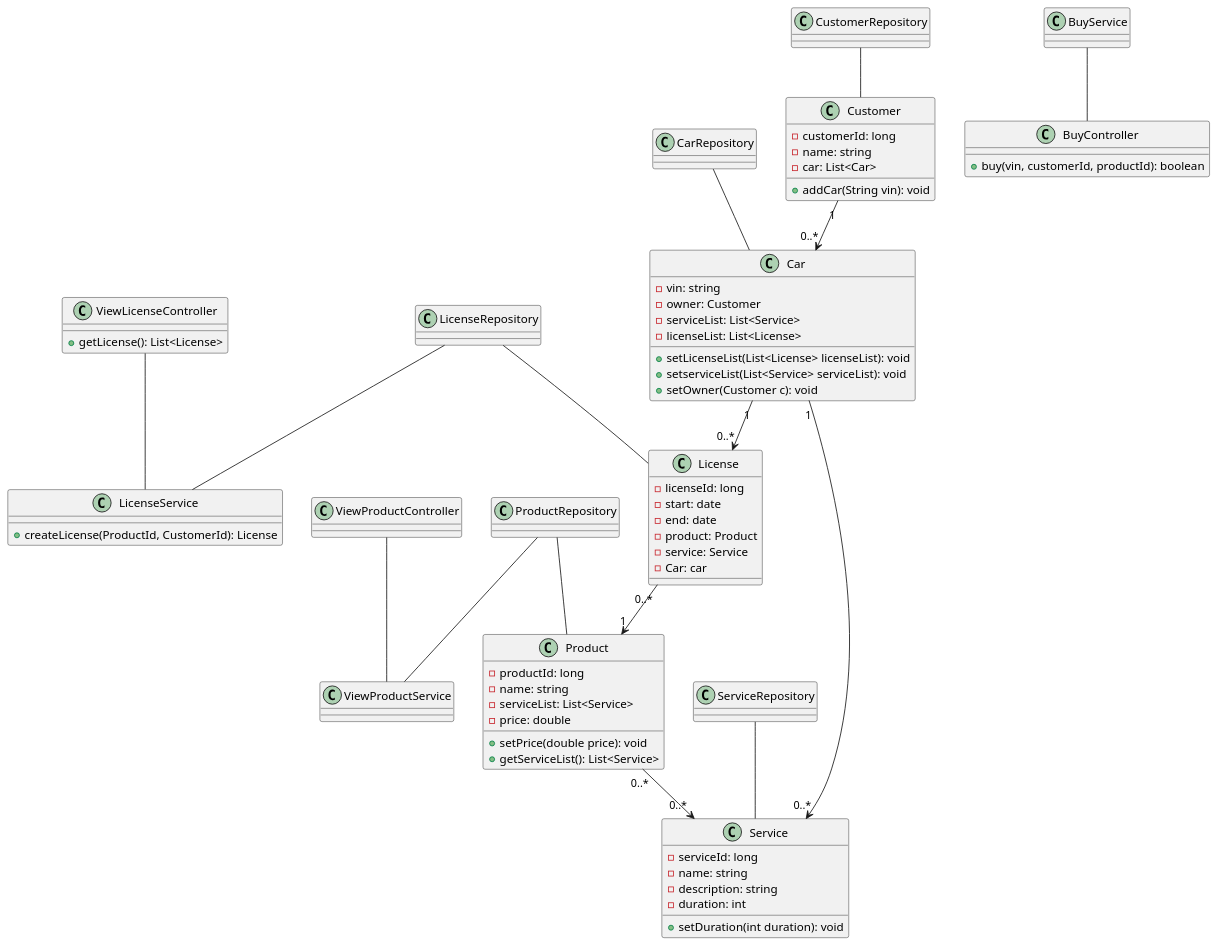
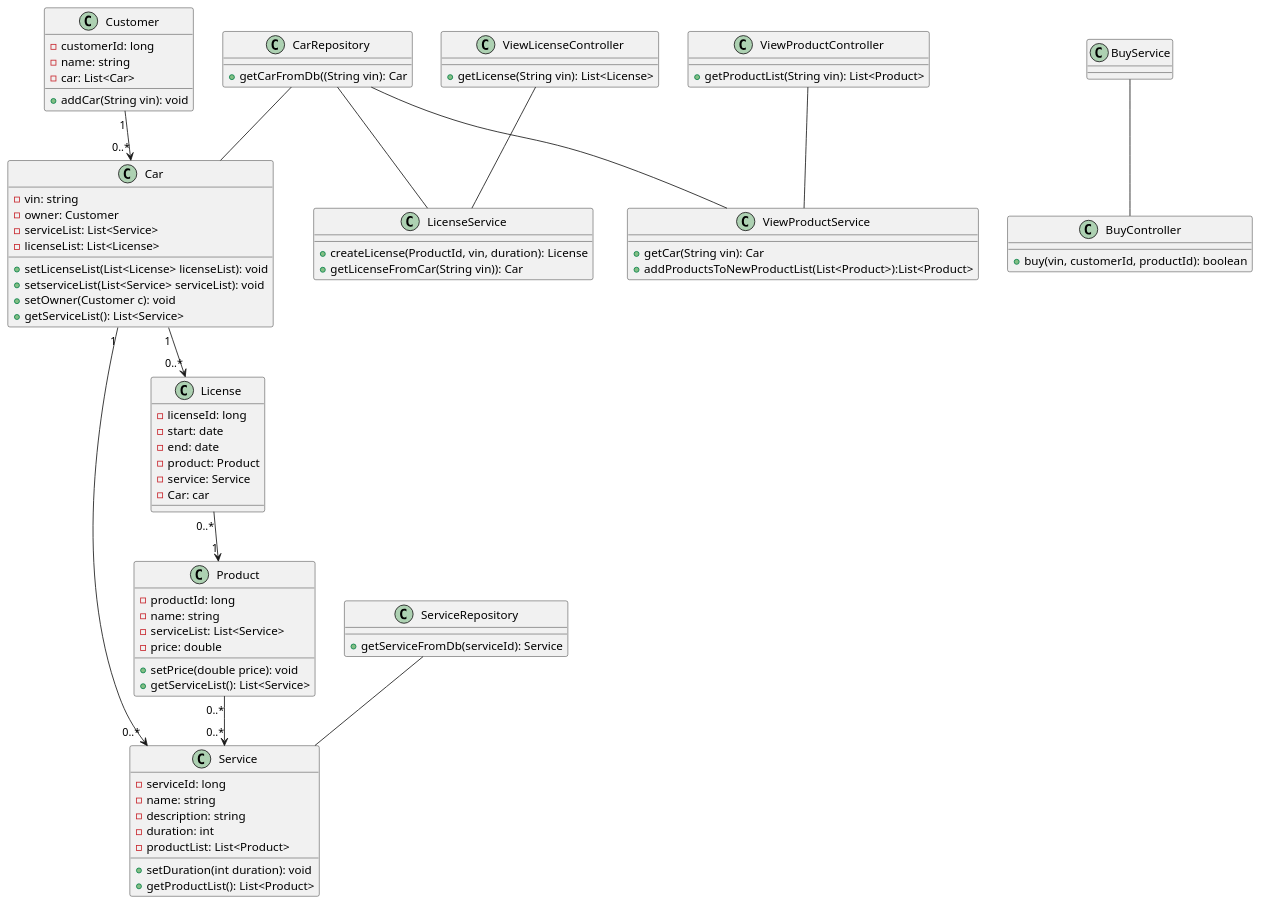
The diagram in .idea/2.0 class.puml (ljbg1996/car-backend), drawn with PlantUML before and after one commit. The commit also changed 2 other files, not shown here.

Commit message:
2.0 class.puml: angepasst an 2 sequenzdiagramme SequenceViewActiveLicense_1.puml: kleine Anpassung der Methodennamen SequenceViewProd_2.puml: Neu erstellt auf Grundlage von Aldin

```diff
--- a/.idea/2.0 class.puml
+++ b/.idea/2.0 class.puml
@@ -1,139 +1,143 @@
 @startuml
 class Car {
     - vin: string
     - owner: Customer
     - serviceList: List<Service>
     - licenseList: List<License>
 
     + setLicenseList(List<License> licenseList): void
     + setserviceList(List<Service> serviceList): void
     + setOwner(Customer c): void
+    + getServiceList(): List<Service>
 
 }
 
 class CarRepository{
+
+    + getCarFromDb((String vin): Car
 
 
 }
 
 class Customer {
     - customerId: long
     - name: string
     - car: List<Car>
 
     + addCar(String vin): void
 
 
 }
 
-class CustomerRepository{
+'class CustomerRepository{}
 
-
-}
-
+'class ProductRepository{}
 
 
 class Product {
     - productId: long
     - name: string
     - serviceList: List<Service>
     - price: double
 
     + setPrice(double price): void
     + getServiceList(): List<Service>
 
 }
 
-class ProductRepository{
 
-
-}
 
 class Service {
     - serviceId: long
     - name: string
     - description: string
     - duration: int
+    - productList: List<Product>
 
     + setDuration(int duration): void
+    + getProductList(): List<Product>
+
+
 }
 
 class ServiceRepository{
 
+    +getServiceFromDb(serviceId): Service
 
 }
 
 class License {
     - licenseId: long
     - start: date
     - end: date
     - product: Product
     - service: Service
     - Car: car
 
    '+ extendLicense(license: License, duration: int): void
 
 }
 
-class LicenseRepository{
-
-
-}
+'class LicenseRepository{}
 
 class ViewLicenseController {
 
 
-    + getLicense(): List<License>
+    + getLicense(String vin): List<License>
 
 }
 
 class BuyController {
 
     + buy(vin, customerId, productId): boolean
 
 }
 
 class ViewProductController {
 
+    + getProductList(String vin): List<Product>
 
 }
 
 class LicenseService{
 
-    + createLicense(ProductId, CustomerId): License
+    + createLicense(ProductId, vin, duration): License
+    + getLicenseFromCar(String vin)): Car
 
 }
 
 class BuyService {
 
 
 }
 
 class ViewProductService {
 
-
+    + getCar(String vin): Car
+    + addProductsToNewProductList(List<Product>):List<Product>
 }
 
 
 
 
 
 
 
-LicenseRepository-- License
+'LicenseRepository-- License
 ViewLicenseController -- LicenseService
-LicenseRepository -- LicenseService
-ProductRepository -- Product
-ProductRepository -- ViewProductService
+CarRepository -- LicenseService
+'ProductRepository -- Product
+CarRepository -- ViewProductService
+
 ViewProductController -- ViewProductService
 BuyService -- BuyController
 CarRepository -- Car
-CustomerRepository -- Customer
+'CustomerRepository -- Customer
 ServiceRepository -- Service
 Customer "1" --> "0..*" Car
 Car "1" --> "0..*" License
 Car "1" --> "0..*" Service
 License "0..*"--> "1"Product
 Product "0..*" --> "0..*" Service
 
 @enduml
```
